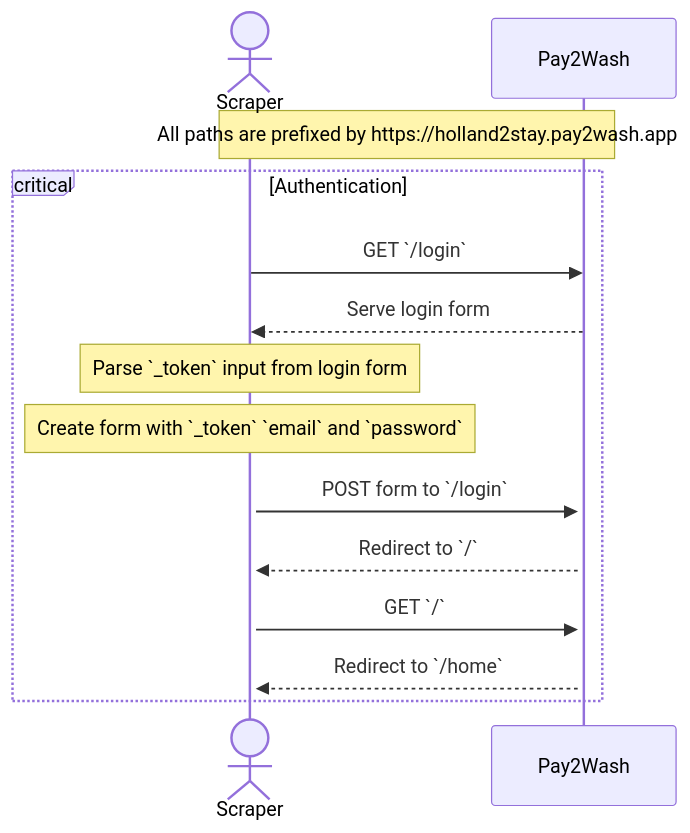
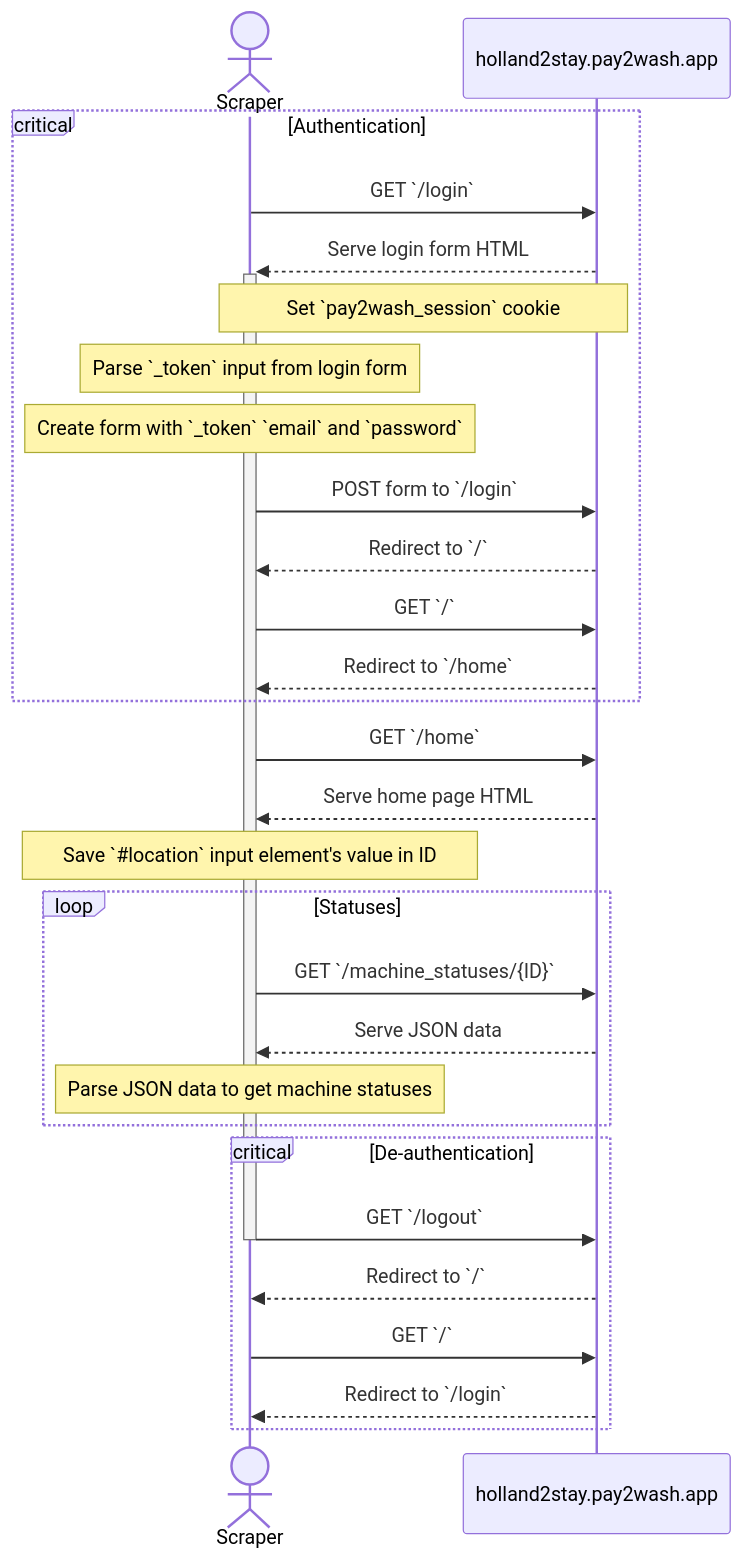
The diagram in README.md (DusterTheFirst/pain2wash), drawn with Mermaid before and after one commit. The commit also changed other lines of this file, not shown here.

Commit message:
Finish flow

````diff
--- a/README.md
+++ b/README.md
@@ -7,20 +7,35 @@
 ```mermaid
 sequenceDiagram
     actor C as Scraper
-    participant S as Pay2Wash
-
-    Note over C,S: All paths are prefixed by https://holland2stay.pay2wash.app
+    participant S as holland2stay.pay2wash.app
 
     critical Authentication
     C->>S: GET `/login`
-    S-->>C: Serve login form
-    activate C
-    activate S
+    S-->>+C: Serve login form HTML
+    Note over S,C: Set `pay2wash_session` cookie
     Note over C: Parse `_token` input from login form
     Note over C: Create form with `_token` `email` and `password`
     C->>S: POST form to `/login`
     S-->>C: Redirect to `/`
     C->>S: GET `/`
     S-->>C: Redirect to `/home`
     end
+
+
+    C->>S: GET `/home`
+    S-->>C: Serve home page HTML
+    Note over C: Save `#35;location` input element's value in ID
+
+    loop Statuses
+    C->>S: GET `/machine_statuses/{ID}`
+    S-->>C: Serve JSON data
+    Note over C: Parse JSON data to get machine statuses
+    end
+
+    critical De-authentication
+    C->>-S: GET `/logout`
+    S-->>C: Redirect to `/`
+    C->>S: GET `/`
+    S-->>C: Redirect to `/login`
+    end
 ```
````
